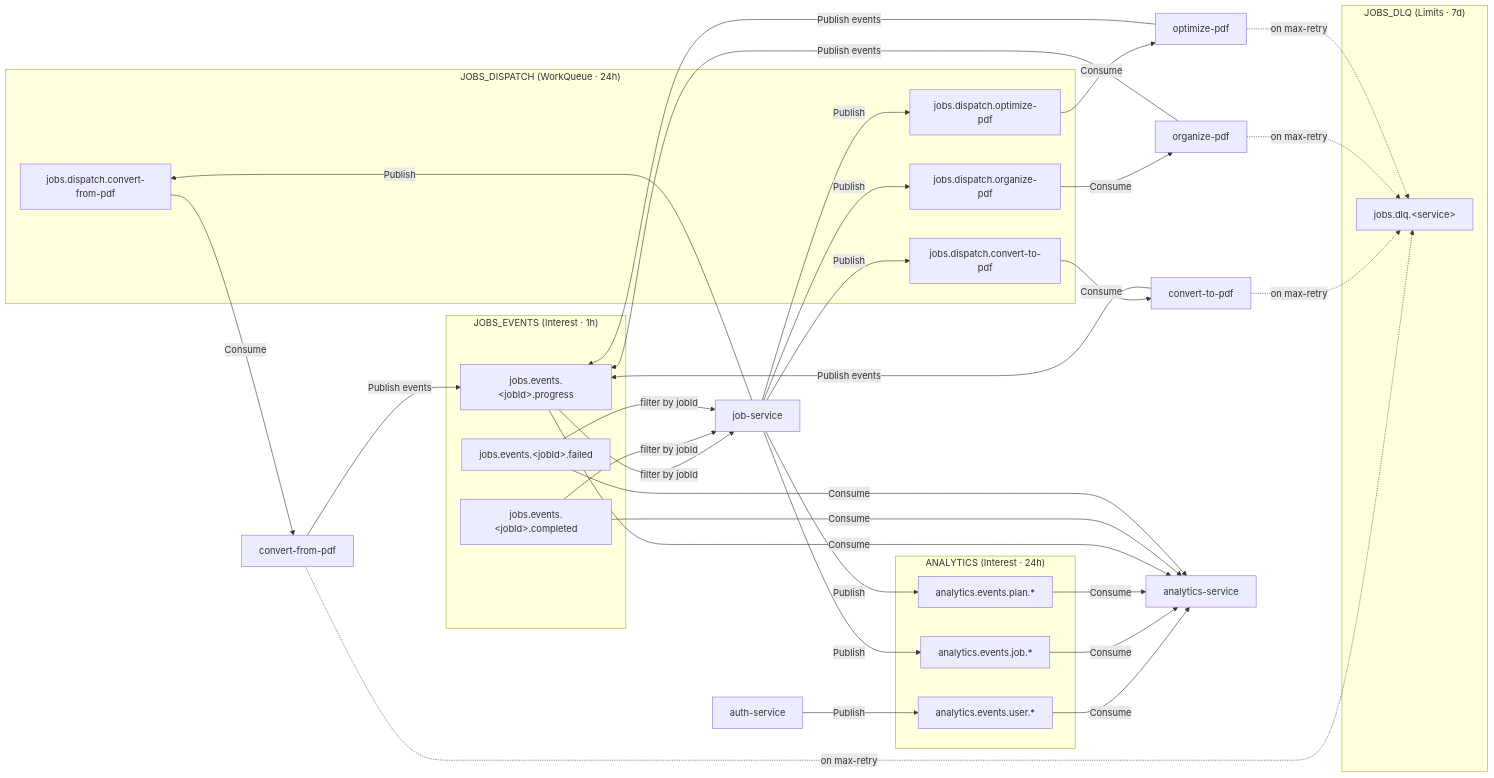
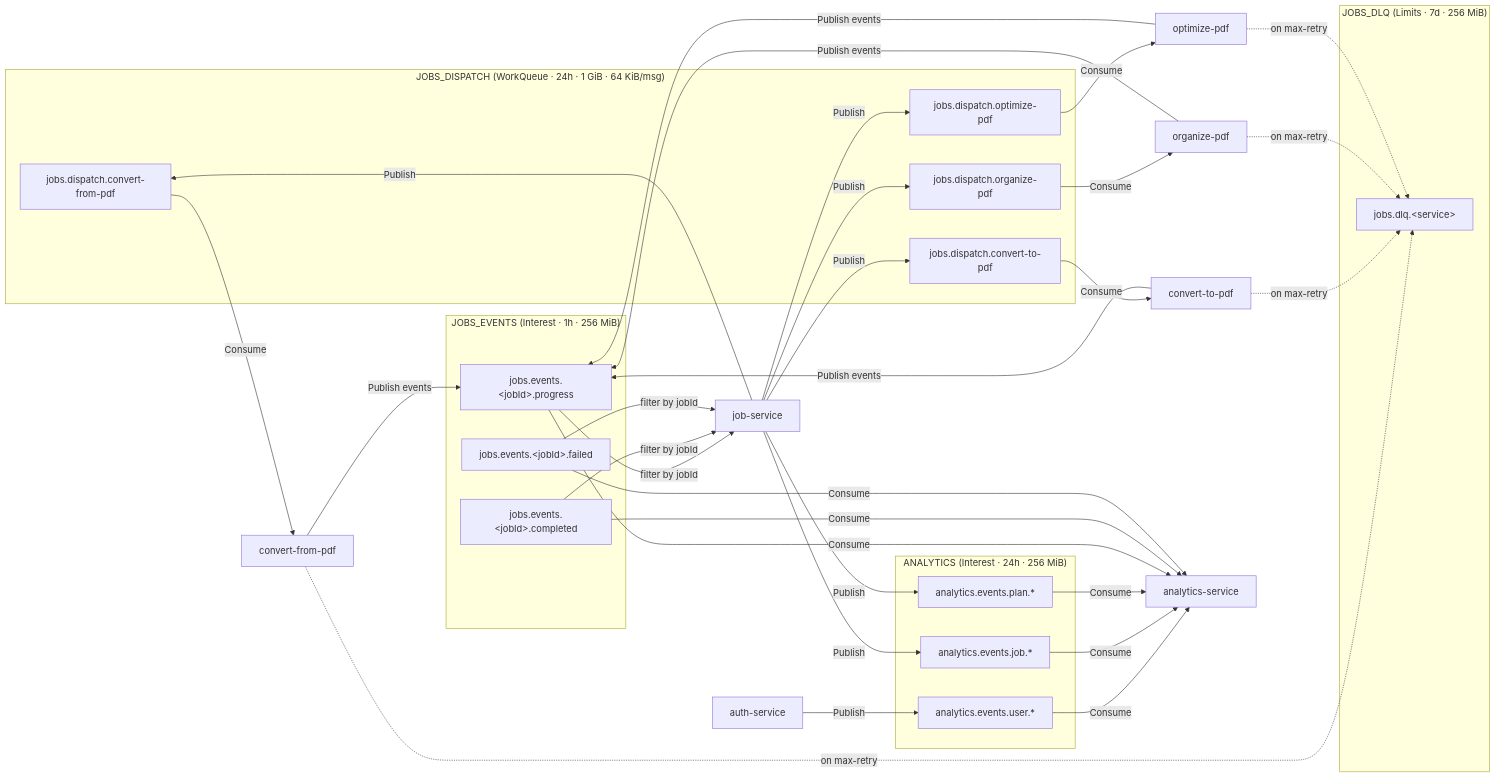
The third of 5 diagrams in docs/developer/mermaid/system-overview.md (Prachidubey2003/fyredocs_backend), drawn with Mermaid before and after one commit. The commit also changed other lines of this file and 84 other files, not shown here.

````diff
--- a/docs/developer/mermaid/system-overview.md
+++ b/docs/developer/mermaid/system-overview.md
@@ -124,58 +134,58 @@
 ```mermaid
 graph LR
-    subgraph JOBS_DISPATCH["JOBS_DISPATCH (WorkQueue · 24h)"]
+    subgraph JOBS_DISPATCH["JOBS_DISPATCH (WorkQueue · 24h · 1 GiB · 64 KiB/msg)"]
         D1["jobs.dispatch.convert-from-pdf"]
         D2["jobs.dispatch.convert-to-pdf"]
         D3["jobs.dispatch.organize-pdf"]
         D4["jobs.dispatch.optimize-pdf"]
     end
 
-    subgraph JOBS_EVENTS["JOBS_EVENTS (Interest · 1h)"]
+    subgraph JOBS_EVENTS["JOBS_EVENTS (Interest · 1h · 256 MiB)"]
         E1["jobs.events.&lt;jobId&gt;.progress"]
         E2["jobs.events.&lt;jobId&gt;.completed"]
         E3["jobs.events.&lt;jobId&gt;.failed"]
     end
 
-    subgraph JOBS_DLQ["JOBS_DLQ (Limits · 7d)"]
+    subgraph JOBS_DLQ["JOBS_DLQ (Limits · 7d · 256 MiB)"]
         Q1["jobs.dlq.&lt;service&gt;"]
     end
 
-    subgraph ANALYTICS_STREAM["ANALYTICS (Interest · 24h)"]
+    subgraph ANALYTICS_STREAM["ANALYTICS (Interest · 24h · 256 MiB)"]
         A1["analytics.events.user.*"]
         A2["analytics.events.job.*"]
         A3["analytics.events.plan.*"]
     end
 
     JS[job-service] -->|Publish| D1
     JS -->|Publish| D2
     JS -->|Publish| D3
     JS -->|Publish| D4
 
     D1 -->|Consume| CFP[convert-from-pdf]
     D2 -->|Consume| CTP[convert-to-pdf]
     D3 -->|Consume| ORG[organize-pdf]
     D4 -->|Consume| OPT[optimize-pdf]
 
     CFP -->|Publish events| E1
     CTP -->|Publish events| E1
     ORG -->|Publish events| E1
     OPT -->|Publish events| E1
     E1 -->|filter by jobId| JS
     E2 -->|filter by jobId| JS
     E3 -->|filter by jobId| JS
 
     CFP -.->|on max-retry| Q1
     CTP -.->|on max-retry| Q1
     ORG -.->|on max-retry| Q1
     OPT -.->|on max-retry| Q1
 
     AUTH2[auth-service] -->|Publish| A1
     JS -->|Publish| A2
     JS -->|Publish| A3
     A1 -->|Consume| AN[analytics-service]
     A2 -->|Consume| AN
     A3 -->|Consume| AN
     E1 -->|Consume| AN
     E2 -->|Consume| AN
     E3 -->|Consume| AN
 ```
````
